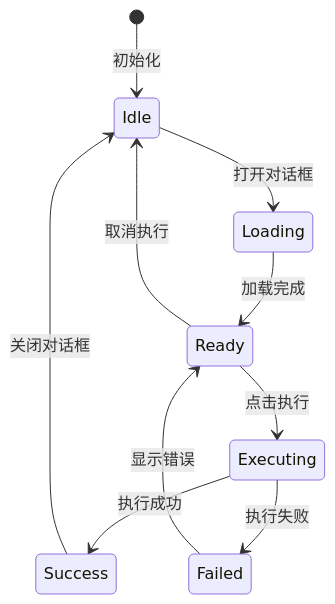
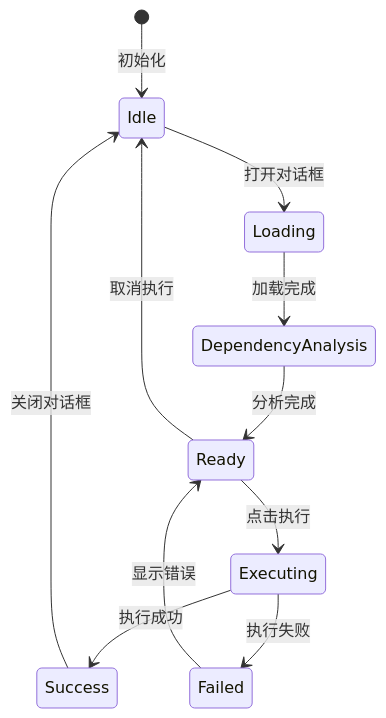
Before and after one commit to Liyuhao02/Jmeter-Admin: the ninth of 10 diagrams in .qoder/repowiki/zh/content/前端组件详解/执行对话框组件.md, drawn with Mermaid. The commit also changed other lines of this file and 7 other files, not shown here.

````diff
--- a/.qoder/repowiki/zh/content/前端组件详解/执行对话框组件.md
+++ b/.qoder/repowiki/zh/content/前端组件详解/执行对话框组件.md
@@ -278,12 +479,13 @@
 ```mermaid
 stateDiagram-v2
 [*] --> Idle : 初始化
 Idle --> Loading : 打开对话框
-Loading --> Ready : 加载完成
+Loading --> DependencyAnalysis : 加载完成
+DependencyAnalysis --> Ready : 分析完成
 Ready --> Executing : 点击执行
 Executing --> Success : 执行成功
 Executing --> Failed : 执行失败
 Success --> Idle : 关闭对话框
 Failed --> Ready : 显示错误
 Ready --> Idle : 取消执行
 ```
````
